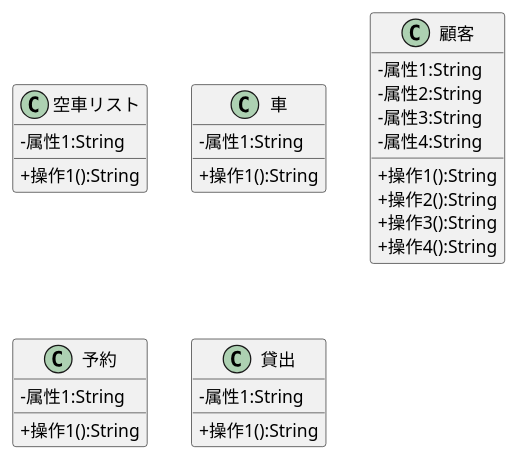
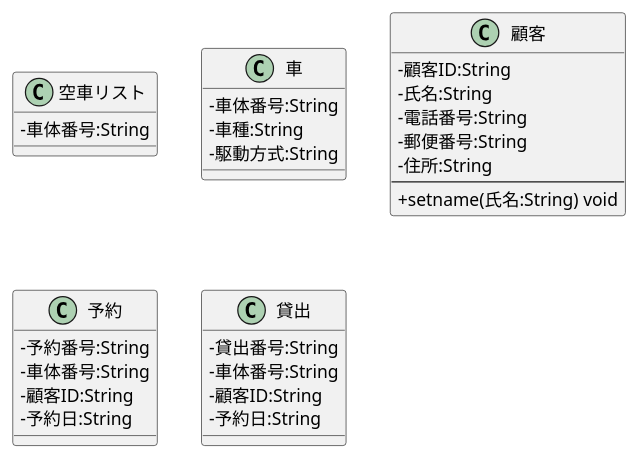
Before and after one commit to sakamotoshuri/uml_introduction: the diagram in 例題3-1_CL_車両貸出システム.pu, drawn with PlantUML.

Commit message:
編集

```diff
--- a/例題3-1_CL_車両貸出システム.pu
+++ b/例題3-1_CL_車両貸出システム.pu
@@ -1,29 +1,32 @@
 @startuml 演習
 skinparam classAttributeIconSize 0
 class 空車リスト {
-- 属性1:String
-+ 操作1():String
+- 車体番号:String
 }
 class 車 {
-- 属性1:String
-+ 操作1():String
+- 車体番号:String
+- 車種:String
+- 駆動方式:String
 }
 class 顧客 {
-- 属性1:String
-- 属性2:String
-- 属性3:String
-- 属性4:String
-+ 操作1():String
-+ 操作2():String
-+ 操作3():String
-+ 操作4():String
+- 顧客ID:String
+- 氏名:String
+- 電話番号:String
+- 郵便番号:String
+- 住所:String
+---
++ setname(氏名:String) void
 }
 class 予約 {
-- 属性1:String
-+ 操作1():String
+- 予約番号:String
+- 車体番号:String
+- 顧客ID:String
+- 予約日:String
 }
 class 貸出 {
-- 属性1:String
-+ 操作1():String
+- 貸出番号:String
+- 車体番号:String
+- 顧客ID:String
+- 予約日:String
 }
 @enduml
```
